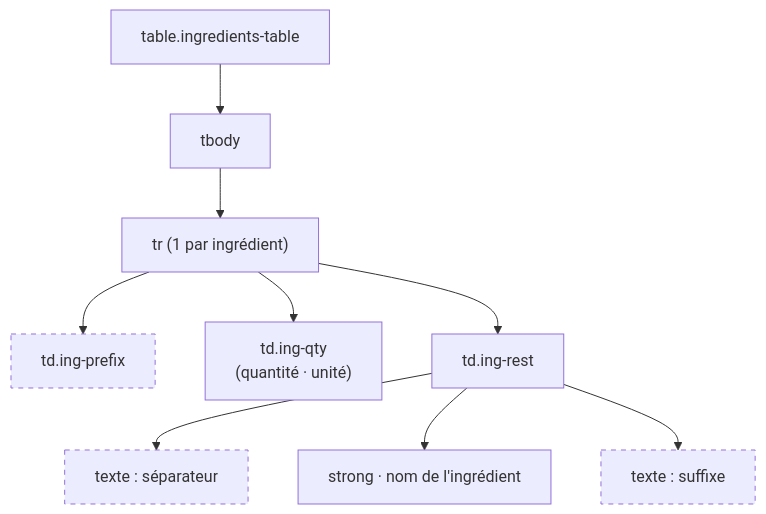
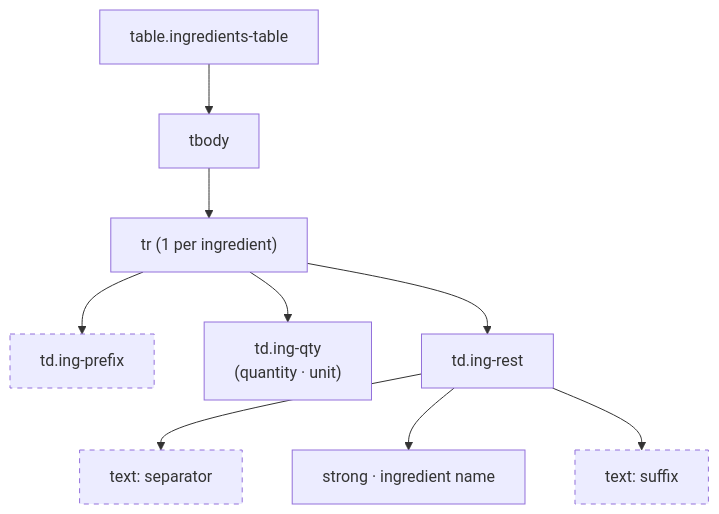
The third of 6 diagrams in RECIPE_DOM.md (ppoilbarbe/PBRecipe), drawn with Mermaid before and after one commit. The commit also changed other lines of this file and 8 other files, not shown here.

````diff
--- a/RECIPE_DOM.md
+++ b/RECIPE_DOM.md
@@ -77,20 +77,20 @@
 ```mermaid
 graph TD
     classDef opt stroke-dasharray:5 5
 
     table["table.ingredients-table"]
     tbody["tbody"]
-    tr["tr (1 par ingrédient)"]
+    tr["tr (1 per ingredient)"]
     tdp["td.ing-prefix"]:::opt
-    tdq["td.ing-qty\n(quantité · unité)"]
+    tdq["td.ing-qty\n(quantity · unit)"]
     tdr["td.ing-rest"]
 
     table --> tbody --> tr
     tr --> tdp
     tr --> tdq
     tr --> tdr
 
-    tdr --> sep["texte : séparateur"]:::opt
-    tdr --> strong["strong · nom de l'ingrédient"]
-    tdr --> suffix["texte : suffixe"]:::opt
+    tdr --> sep["text: separator"]:::opt
+    tdr --> strong["strong · ingredient name"]
+    tdr --> suffix["text: suffix"]:::opt
 ```
````
